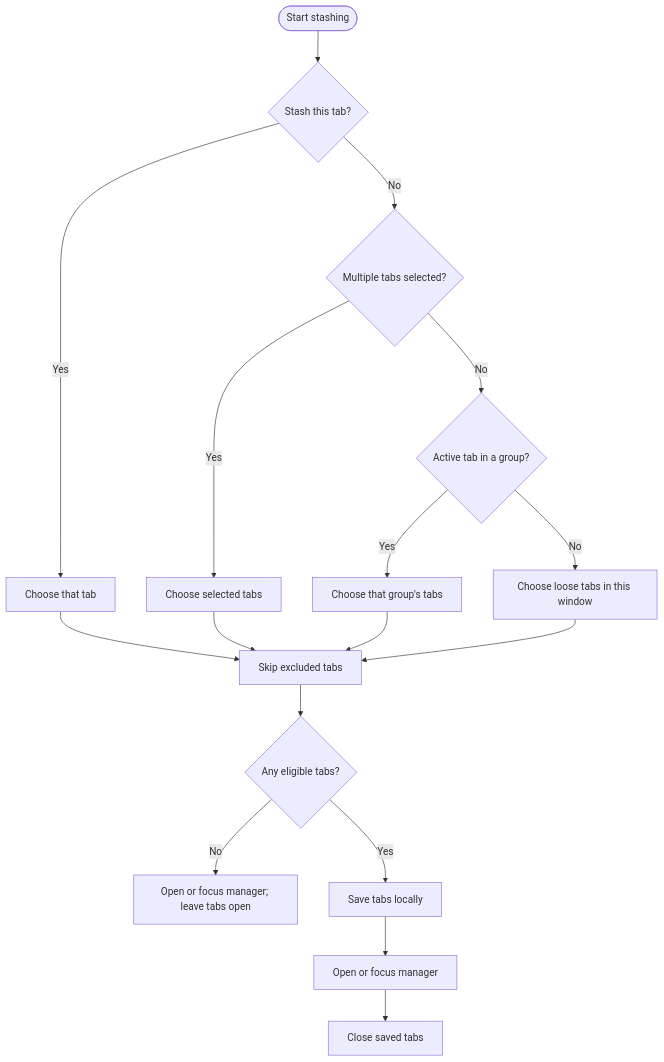
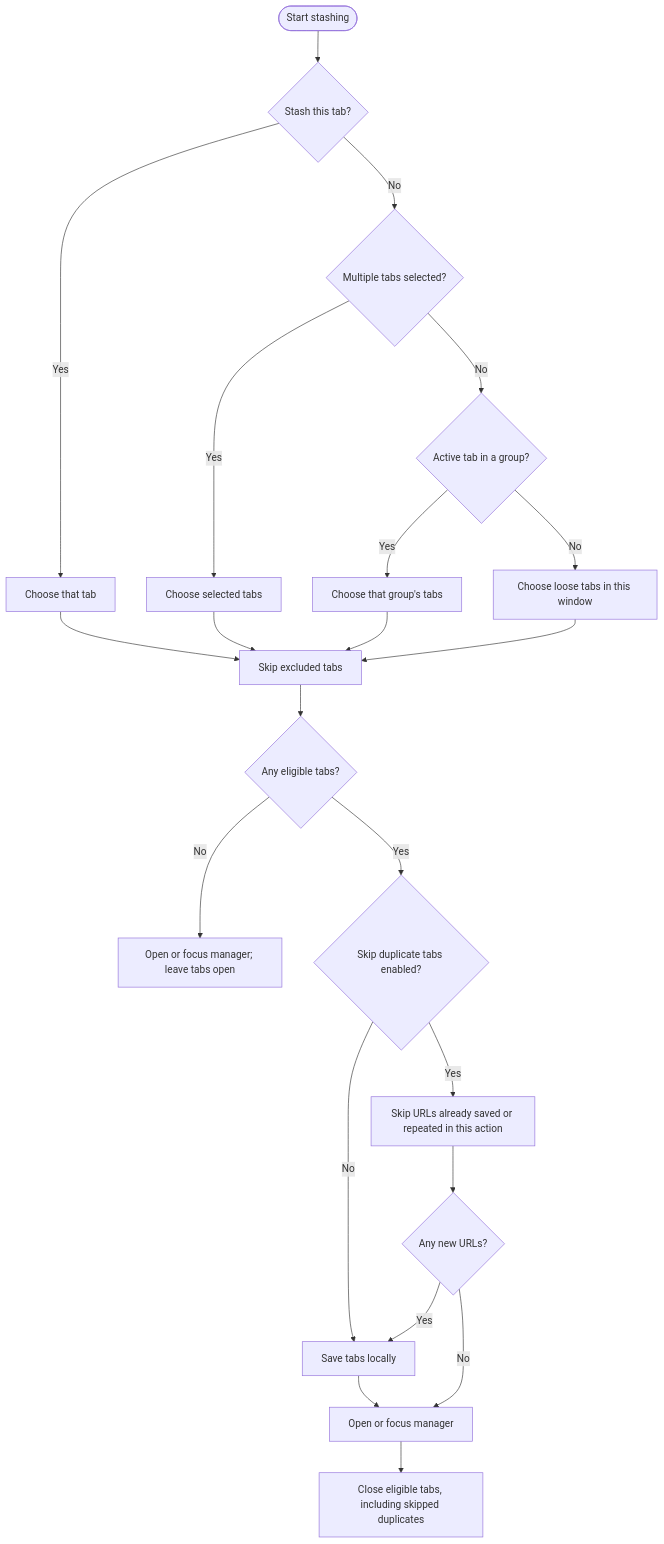
One commit to taichikuji/Stasher changed the first of 2 diagrams in README.md. Above: the diagram before and after it, drawn with Mermaid. The commit also changed other lines of this file and 4 other files, not shown here.

Commit message:
feat(manager): add a setting to skip duplicate tabs

````diff
--- a/README.md
+++ b/README.md
@@ -29,21 +29,26 @@
 ```mermaid
 flowchart TD
   accTitle: How Stasher saves tabs
-  accDescr: Stash one chosen tab, multiple selected tabs, the active tab's group, or loose tabs. Filter excluded tabs, save locally, open the manager, and close saved tabs. If none are eligible, only open the manager.
+  accDescr: Stash one chosen tab, multiple selected tabs, the active tab's group, or loose tabs. Filter excluded tabs and optionally skip duplicate URLs, save new tabs locally, open the manager, and close eligible tabs including skipped duplicates. If none are eligible, only open the manager.
   Start(["Start stashing"]) --> Single{"Stash this tab?"}
   Single -->|Yes| Chosen["Choose that tab"]
   Single -->|No| Selected{"Multiple tabs selected?"}
   Selected -->|Yes| Selection["Choose selected tabs"]
   Selected -->|No| Group{"Active tab in a group?"}
   Group -->|Yes| GroupTabs["Choose that group's tabs"]
   Group -->|No| Loose["Choose loose tabs in this window"]
   Chosen --> Filter["Skip excluded tabs"]
   Selection --> Filter
   GroupTabs --> Filter
   Loose --> Filter
   Filter --> Eligible{"Any eligible tabs?"}
   Eligible -->|No| ManagerOnly["Open or focus manager; leave tabs open"]
-  Eligible -->|Yes| Save["Save tabs locally"]
+  Eligible -->|Yes| Duplicates{"Skip duplicate tabs enabled?"}
+  Duplicates -->|No| Save["Save tabs locally"]
+  Duplicates -->|Yes| Unique["Skip URLs already saved or repeated in this action"]
+  Unique --> New{"Any new URLs?"}
+  New -->|Yes| Save
+  New -->|No| Manager
   Save --> Manager["Open or focus manager"]
-  Manager --> Close["Close saved tabs"]
+  Manager --> Close["Close eligible tabs, including skipped duplicates"]
 ```
````
